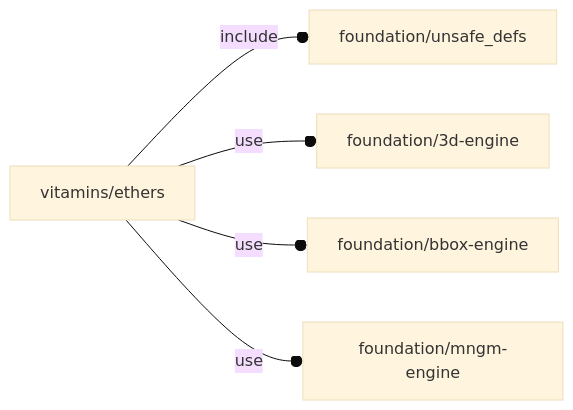
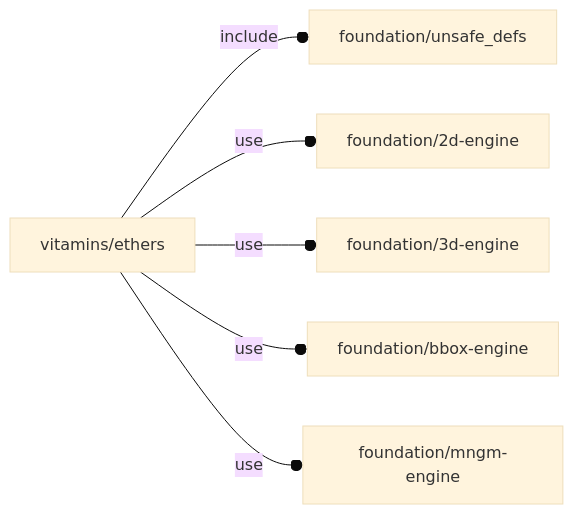
The diagram in orthodocs/vitamins/ethers.md (ggabbiani/OFL), drawn with Mermaid (base theme) before and after one commit. The commit also changed 3 other files, not shown here.

````diff
--- a/orthodocs/vitamins/ethers.md
+++ b/orthodocs/vitamins/ethers.md
@@ -5,7 +5,8 @@
 ```mermaid
 graph LR
     A1[vitamins/ethers] --o|include| A2[foundation/unsafe_defs]
-    A1 --o|use| A3[foundation/3d-engine]
-    A1 --o|use| A4[foundation/bbox-engine]
-    A1 --o|use| A5[foundation/mngm-engine]
+    A1 --o|use| A3[foundation/2d-engine]
+    A1 --o|use| A4[foundation/3d-engine]
+    A1 --o|use| A5[foundation/bbox-engine]
+    A1 --o|use| A6[foundation/mngm-engine]
 ```
````
